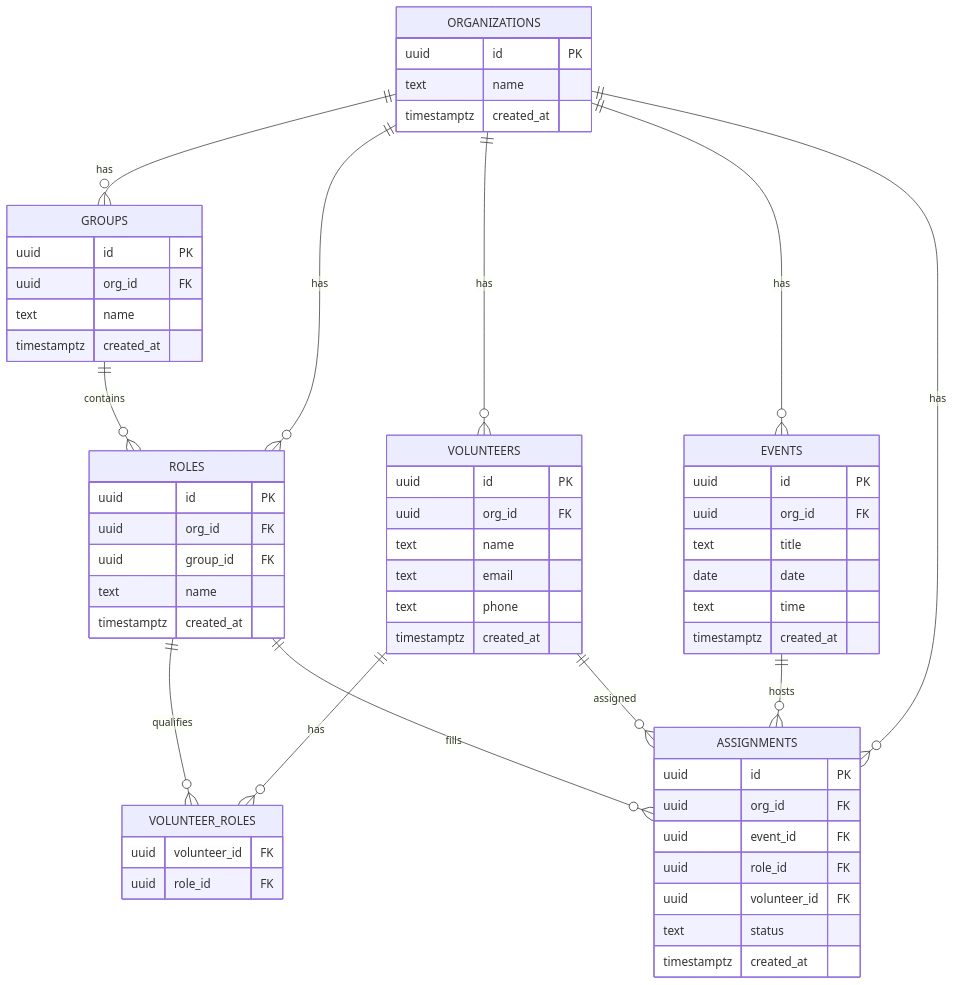
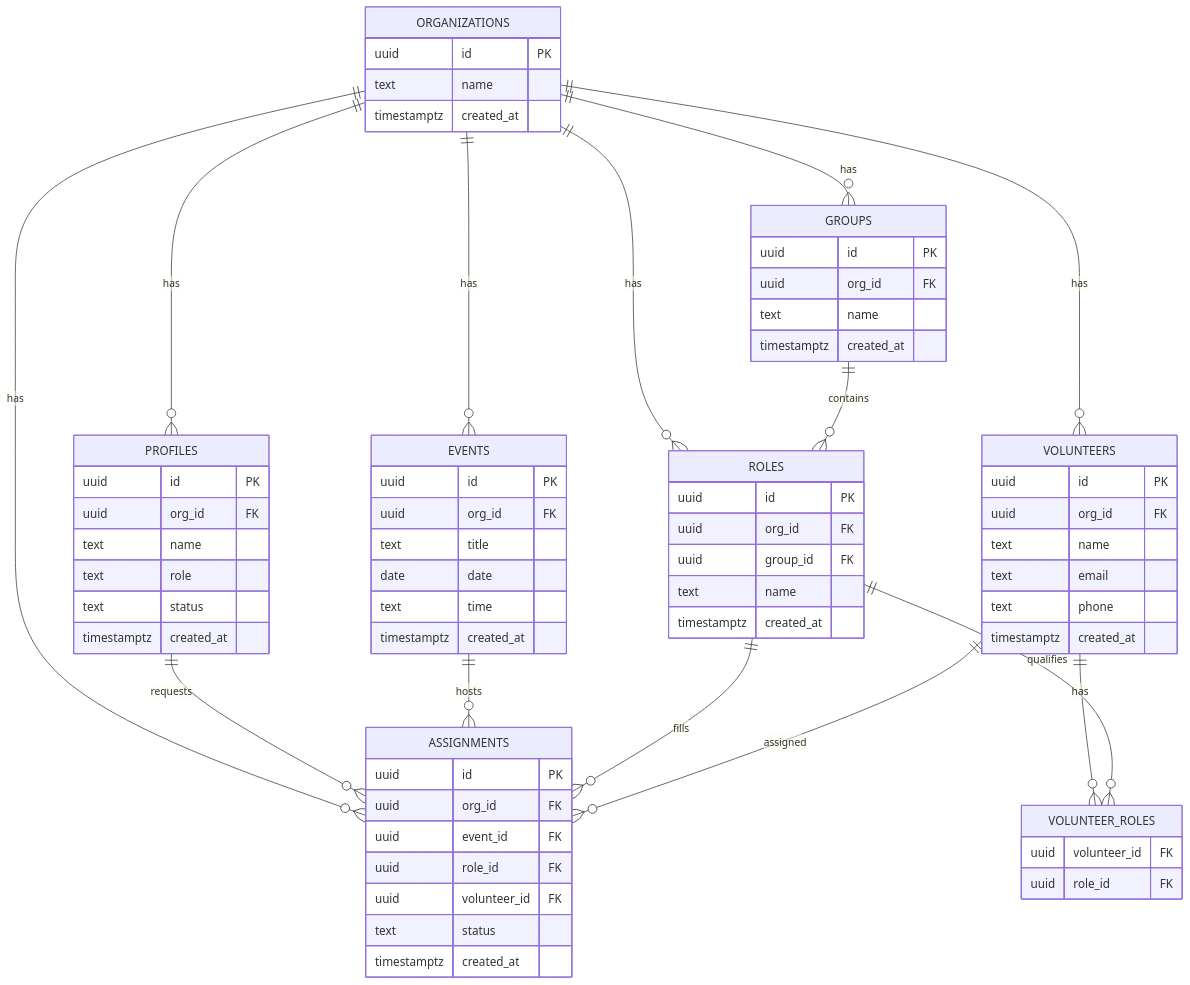
The third of 9 diagrams in .qoder/repowiki/en/content/Ministry Organization.md (netdaniel/serveflow), drawn with Mermaid before and after one commit. The commit also changed other lines of this file and 15 other files, not shown here.

````diff
--- a/.qoder/repowiki/en/content/Ministry Organization.md
+++ b/.qoder/repowiki/en/content/Ministry Organization.md
@@ -135,61 +156,71 @@
 ```mermaid
 erDiagram
 ORGANIZATIONS {
 uuid id PK
 text name
+timestamptz created_at
+}
+PROFILES {
+uuid id PK
+uuid org_id FK
+text name
+text role
+text status
 timestamptz created_at
 }
 GROUPS {
 uuid id PK
 uuid org_id FK
 text name
 timestamptz created_at
 }
 ROLES {
 uuid id PK
 uuid org_id FK
 uuid group_id FK
 text name
 timestamptz created_at
 }
 VOLUNTEERS {
 uuid id PK
 uuid org_id FK
 text name
 text email
 text phone
 timestamptz created_at
 }
 VOLUNTEER_ROLES {
 uuid volunteer_id FK
 uuid role_id FK
 }
 EVENTS {
 uuid id PK
 uuid org_id FK
 text title
 date date
 text time
 timestamptz created_at
 }
 ASSIGNMENTS {
 uuid id PK
 uuid org_id FK
 uuid event_id FK
 uuid role_id FK
 uuid volunteer_id FK
 text status
 timestamptz created_at
 }
+ORGANIZATIONS ||--o{ PROFILES : "has"
 ORGANIZATIONS ||--o{ GROUPS : "has"
 ORGANIZATIONS ||--o{ ROLES : "has"
 ORGANIZATIONS ||--o{ VOLUNTEERS : "has"
 ORGANIZATIONS ||--o{ EVENTS : "has"
 ORGANIZATIONS ||--o{ ASSIGNMENTS : "has"
+PROFILES ||--o{ ASSIGNMENTS : "requests"
 GROUPS ||--o{ ROLES : "contains"
 VOLUNTEERS ||--o{ VOLUNTEER_ROLES : "has"
 ROLES ||--o{ VOLUNTEER_ROLES : "qualifies"
 EVENTS ||--o{ ASSIGNMENTS : "hosts"
 ROLES ||--o{ ASSIGNMENTS : "fills"
 VOLUNTEERS ||--o{ ASSIGNMENTS : "assigned"
 ```
````
